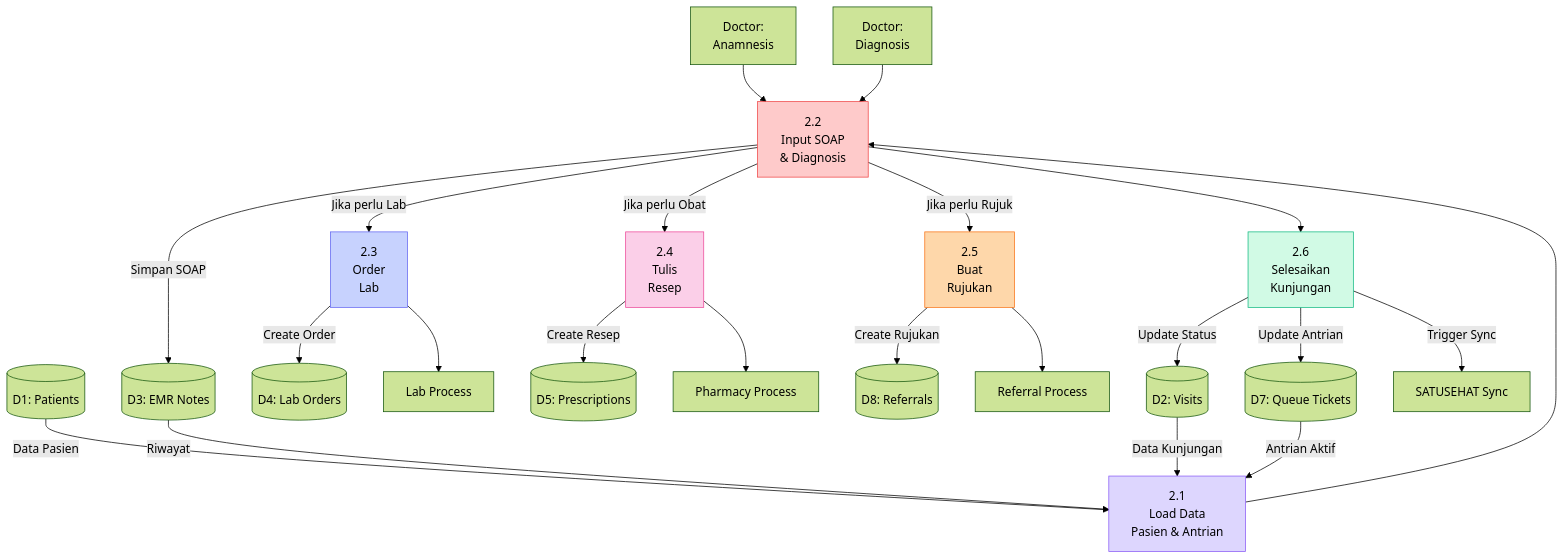
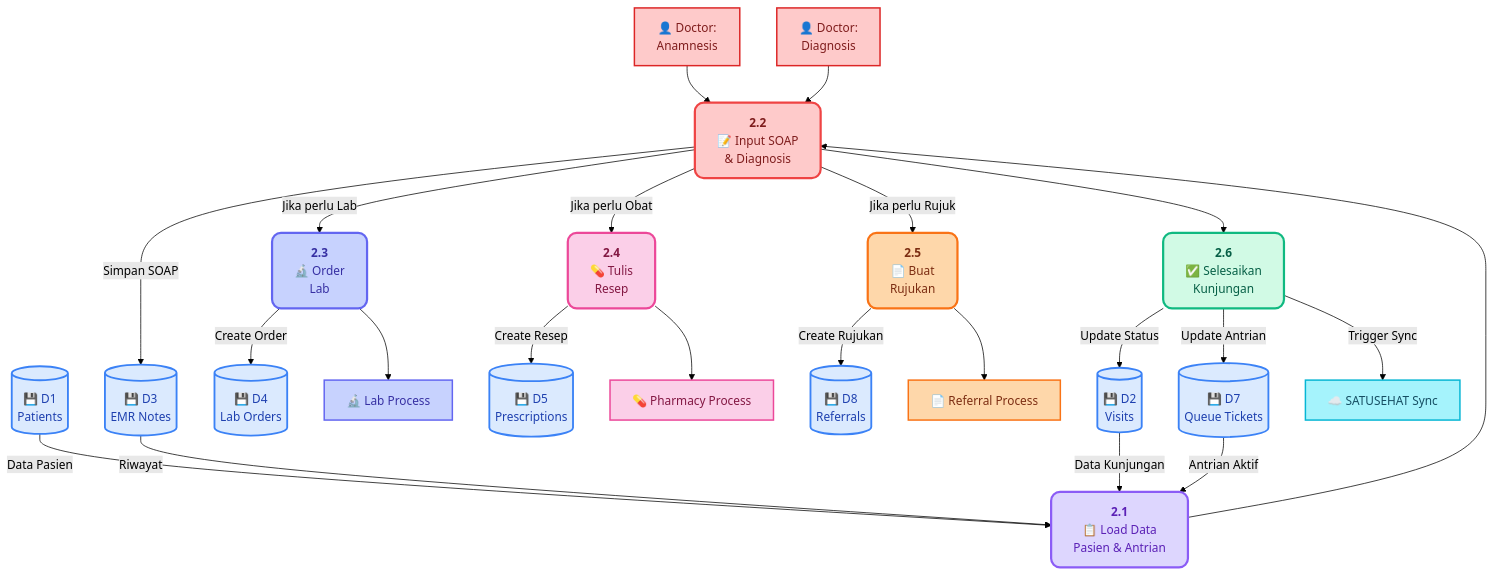
Before and after one commit to Haluluya/Simpus: the fourth of 7 diagrams in docs/dfd.md, drawn with Mermaid (forest theme). The commit also changed other lines of this file, not shown here.

````diff
--- a/docs/dfd.md
+++ b/docs/dfd.md
@@ -294,64 +342,80 @@
 ```mermaid
 flowchart TB
     %% Inputs
-    IN1[Doctor:<br/>Anamnesis]
-    IN2[Doctor:<br/>Diagnosis]
-    
+    IN1["👤 Doctor:<br/>Anamnesis"]
+    IN2["👤 Doctor:<br/>Diagnosis"]
+
     %% Sub-processes
-    P21[2.1<br/>Load Data<br/>Pasien & Antrian]
-    P22[2.2<br/>Input SOAP<br/>& Diagnosis]
-    P23[2.3<br/>Order<br/>Lab]
-    P24[2.4<br/>Tulis<br/>Resep]
-    P25[2.5<br/>Buat<br/>Rujukan]
-    P26[2.6<br/>Selesaikan<br/>Kunjungan]
-    
+    P21["<b>2.1</b><br/>📋 Load Data<br/>Pasien & Antrian"]
+    P22["<b>2.2</b><br/>📝 Input SOAP<br/>& Diagnosis"]
+    P23["<b>2.3</b><br/>🔬 Order<br/>Lab"]
+    P24["<b>2.4</b><br/>💊 Tulis<br/>Resep"]
+    P25["<b>2.5</b><br/>📄 Buat<br/>Rujukan"]
+    P26["<b>2.6</b><br/>✅ Selesaikan<br/>Kunjungan"]
+
     %% Data Stores
-    DS1[(D1: Patients)]
-    DS2[(D2: Visits)]
-    DS3[(D3: EMR Notes)]
-    DS4[(D4: Lab Orders)]
-    DS5[(D5: Prescriptions)]
-    DS7[(D7: Queue Tickets)]
-    DS8[(D8: Referrals)]
-    
+    DS1[("💾 D1<br/>Patients")]
+    DS2[("💾 D2<br/>Visits")]
+    DS3[("💾 D3<br/>EMR Notes")]
+    DS4[("💾 D4<br/>Lab Orders")]
+    DS5[("💾 D5<br/>Prescriptions")]
+    DS7[("💾 D7<br/>Queue Tickets")]
+    DS8[("💾 D8<br/>Referrals")]
+
     %% Outputs
-    OUT1[Lab Process]
-    OUT2[Pharmacy Process]
-    OUT3[Referral Process]
-    OUT4[SATUSEHAT Sync]
-    
+    OUT1["🔬 Lab Process"]
+    OUT2["💊 Pharmacy Process"]
+    OUT3["📄 Referral Process"]
+    OUT4["☁️ SATUSEHAT Sync"]
+
     %% Flow
-    DS7 -->|Antrian Aktif| P21
-    DS1 -->|Data Pasien| P21
-    DS2 -->|Data Kunjungan| P21
-    DS3 -->|Riwayat| P21
-    
+    DS7 -->|"Antrian Aktif"| P21
+    DS1 -->|"Data Pasien"| P21
+    DS2 -->|"Data Kunjungan"| P21
+    DS3 -->|"Riwayat"| P21
+
     P21 --> P22
     IN1 --> P22
     IN2 --> P22
-    P22 -->|Simpan SOAP| DS3
-    
-    P22 -->|Jika perlu Lab| P23
-    P22 -->|Jika perlu Obat| P24
-    P22 -->|Jika perlu Rujuk| P25
-    
-    P23 -->|Create Order| DS4
-    P24 -->|Create Resep| DS5
-    P25 -->|Create Rujukan| DS8
-    
+    P22 -->|"Simpan SOAP"| DS3
+
+    P22 -->|"Jika perlu Lab"| P23
+    P22 -->|"Jika perlu Obat"| P24
+    P22 -->|"Jika perlu Rujuk"| P25
+
+    P23 -->|"Create Order"| DS4
+    P24 -->|"Create Resep"| DS5
+    P25 -->|"Create Rujukan"| DS8
+
     P23 --> OUT1
     P24 --> OUT2
     P25 --> OUT3
-    
+
     P22 --> P26
-    P26 -->|Update Status| DS2
-    P26 -->|Update Antrian| DS7
-    P26 -->|Trigger Sync| OUT4
-    
-    style P21 fill:#ddd6fe,stroke:#8b5cf6
-    style P22 fill:#fecaca,stroke:#ef4444
-    style P23 fill:#c7d2fe,stroke:#6366f1
-    style P24 fill:#fbcfe8,stroke:#ec4899
-    style P25 fill:#fed7aa,stroke:#f97316
-    style P26 fill:#d1fae5,stroke:#10b981
+    P26 -->|"Update Status"| DS2
+    P26 -->|"Update Antrian"| DS7
+    P26 -->|"Trigger Sync"| OUT4
+
+    %% Modern Styling
+    style P21 fill:#ddd6fe,stroke:#8b5cf6,stroke-width:3px,color:#5b21b6,rx:12,ry:12
+    style P22 fill:#fecaca,stroke:#ef4444,stroke-width:3px,color:#7f1d1d,rx:12,ry:12
+    style P23 fill:#c7d2fe,stroke:#6366f1,stroke-width:3px,color:#3730a3,rx:12,ry:12
+    style P24 fill:#fbcfe8,stroke:#ec4899,stroke-width:3px,color:#831843,rx:12,ry:12
+    style P25 fill:#fed7aa,stroke:#f97316,stroke-width:3px,color:#7c2d12,rx:12,ry:12
+    style P26 fill:#d1fae5,stroke:#10b981,stroke-width:3px,color:#065f46,rx:12,ry:12
+
+    style DS1 fill:#dbeafe,stroke:#3b82f6,stroke-width:2.5px,color:#1e40af
+    style DS2 fill:#dbeafe,stroke:#3b82f6,stroke-width:2.5px,color:#1e40af
+    style DS3 fill:#dbeafe,stroke:#3b82f6,stroke-width:2.5px,color:#1e40af
+    style DS4 fill:#dbeafe,stroke:#3b82f6,stroke-width:2.5px,color:#1e40af
+    style DS5 fill:#dbeafe,stroke:#3b82f6,stroke-width:2.5px,color:#1e40af
+    style DS7 fill:#dbeafe,stroke:#3b82f6,stroke-width:2.5px,color:#1e40af
+    style DS8 fill:#dbeafe,stroke:#3b82f6,stroke-width:2.5px,color:#1e40af
+
+    style IN1 fill:#fecaca,stroke:#dc2626,stroke-width:2px,color:#7f1d1d
+    style IN2 fill:#fecaca,stroke:#dc2626,stroke-width:2px,color:#7f1d1d
+    style OUT1 fill:#c7d2fe,stroke:#6366f1,stroke-width:2px,color:#3730a3
+    style OUT2 fill:#fbcfe8,stroke:#ec4899,stroke-width:2px,color:#831843
+    style OUT3 fill:#fed7aa,stroke:#f97316,stroke-width:2px,color:#7c2d12
+    style OUT4 fill:#a5f3fc,stroke:#06b6d4,stroke-width:2px,color:#164e63
 ```
````
